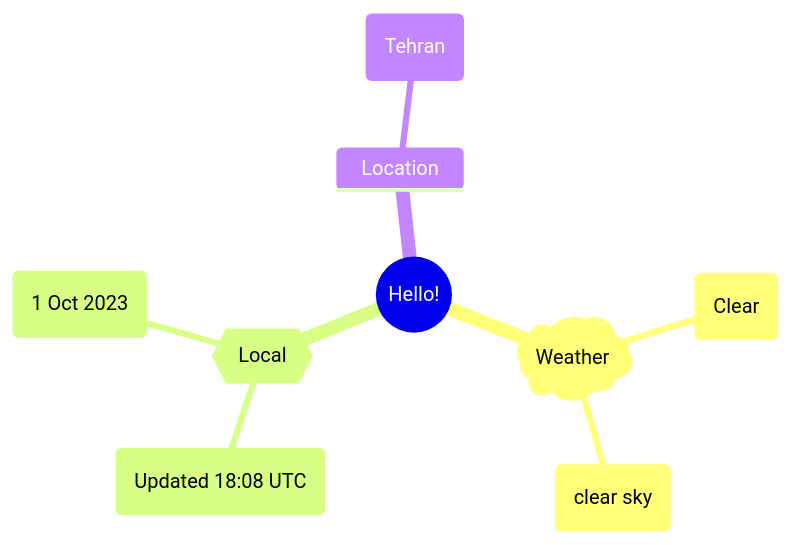
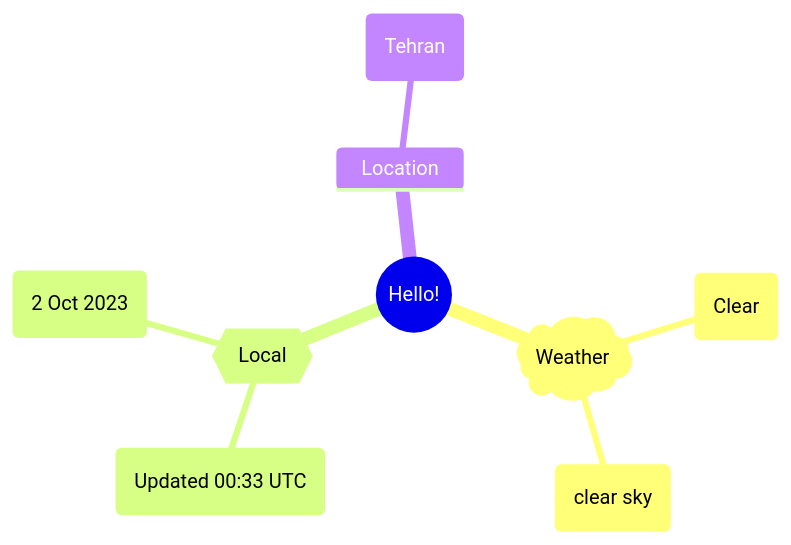
One commit to Xosrov/Xosrov changed the first of 2 diagrams in README.md. Above: the diagram before and after it, drawn with Mermaid.

Commit message:
[bot] updated images

````diff
--- a/README.md
+++ b/README.md
@@ -3,12 +3,12 @@
 ```mermaid
 mindmap
   root((Hello!))
     )Weather(
         (Clear)
         (clear sky)
     {{Local}}
-        (Updated 18:08 UTC)
-        (1 Oct 2023)
+        (Updated 00:33 UTC)
+        (2 Oct 2023)
     Location
         (Tehran)
 ```
````
